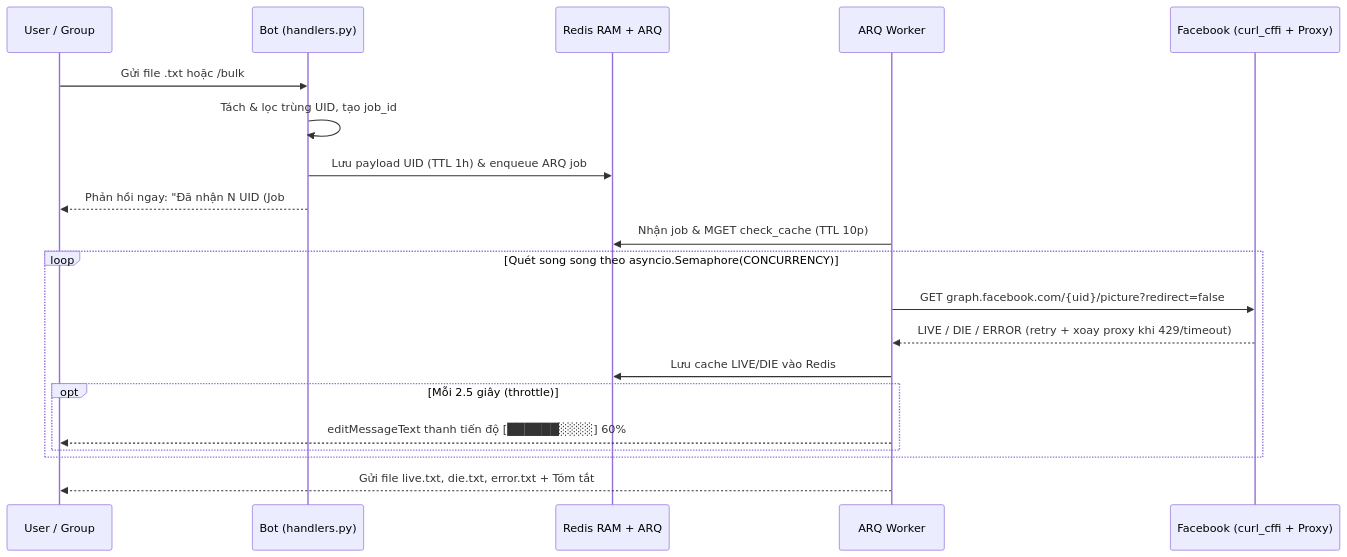
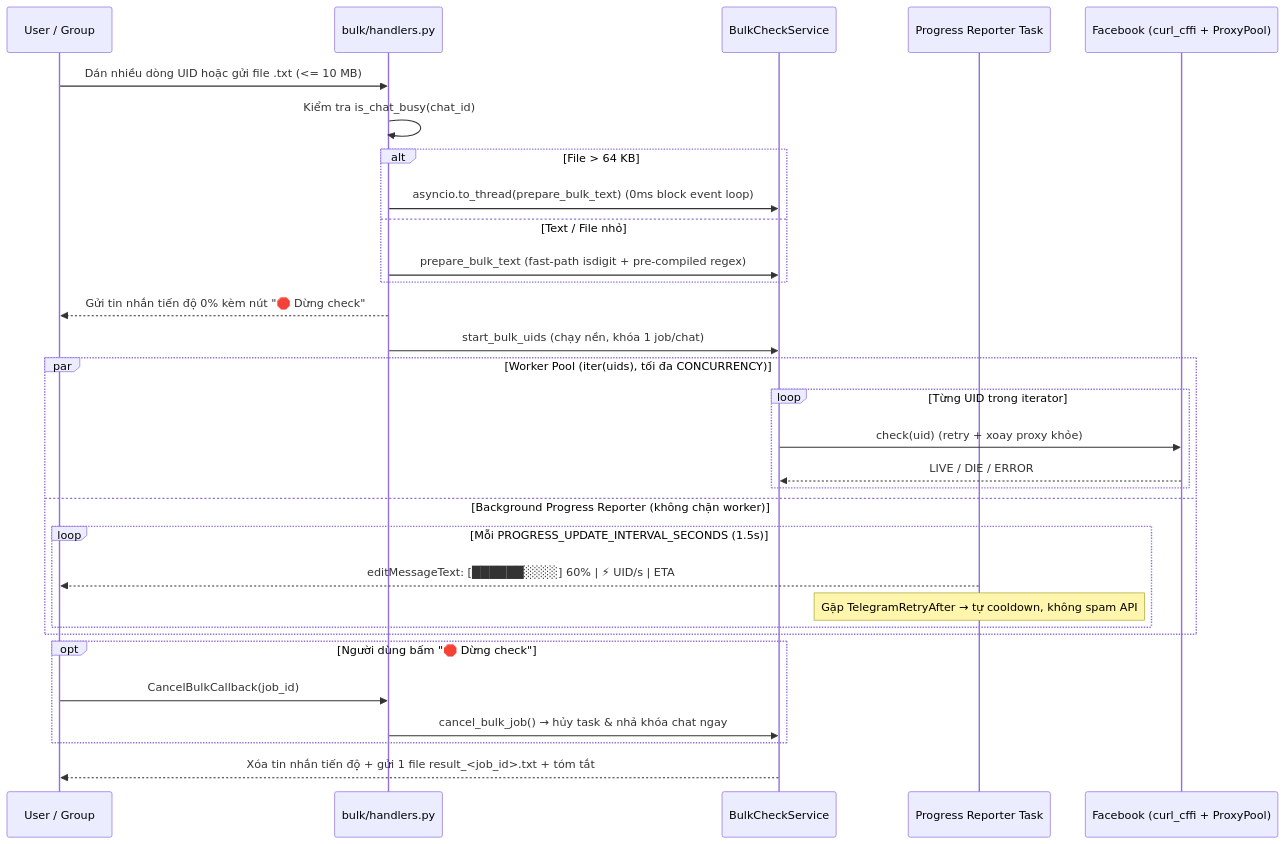
One commit to vuinguyen16003069/CheckLiveBot changed the third of 4 diagrams in README.md. Above: the diagram before and after it, drawn with Mermaid. The commit also changed other lines of this file and 3 other files, not shown here.

Commit message:
feat: implement watch service and redis repository for live tracking

````diff
--- a/README.md
+++ b/README.md
@@ -103,23 +164,37 @@
 ```mermaid
 sequenceDiagram
     participant U as User / Group
-    participant B as Bot (handlers.py)
-    participant R as Redis RAM + ARQ
-    participant W as ARQ Worker
-    participant F as Facebook (curl_cffi + Proxy)
+    participant H as bulk/handlers.py
+    participant S as BulkCheckService
+    participant P as Progress Reporter Task
+    participant F as Facebook (curl_cffi + ProxyPool)
 
-    U->>B: Gửi file .txt hoặc /bulk
-    B->>B: Tách & lọc trùng UID, tạo job_id
-    B->>R: Lưu payload UID (TTL 1h) & enqueue ARQ job
-    B-->>U: Phản hồi ngay: "Đã nhận N UID (Job #id)"
-    W->>R: Nhận job & MGET check_cache (TTL 10p)
-    loop Quét song song theo asyncio.Semaphore(CONCURRENCY)
-        W->>F: GET graph.facebook.com/{uid}/picture?redirect=false
-        F-->>W: LIVE / DIE / ERROR (retry + xoay proxy khi 429/timeout)
-        W->>R: Lưu cache LIVE/DIE vào Redis
-        opt Mỗi 2.5 giây (throttle)
-            W-->>U: editMessageText thanh tiến độ [██████░░░░] 60%
+    U->>H: Dán nhiều dòng UID hoặc gửi file .txt (<= 10 MB)
+    H->>H: Kiểm tra is_chat_busy(chat_id)
+    alt File > 64 KB
+        H->>S: asyncio.to_thread(prepare_bulk_text) (0ms block event loop)
+    else Text / File nhỏ
+        H->>S: prepare_bulk_text (fast-path isdigit + pre-compiled regex)
+    end
+    H-->>U: Gửi tin nhắn tiến độ 0% kèm nút "🛑 Dừng check"
+    H->>S: start_bulk_uids (chạy nền, khóa 1 job/chat)
+
+    par Worker Pool (iter(uids), tối đa CONCURRENCY)
+        loop Từng UID trong iterator
+            S->>F: check(uid) (retry + xoay proxy khỏe)
+            F-->>S: LIVE / DIE / ERROR
+        end
+    and Background Progress Reporter (không chặn worker)
+        loop Mỗi PROGRESS_UPDATE_INTERVAL_SECONDS (1.5s)
+            P-->>U: editMessageText: [██████░░░░] 60% | ⚡ UID/s | ETA
+            Note over P: Gặp TelegramRetryAfter → tự cooldown, không spam API
         end
     end
-    W-->>U: Gửi file live.txt, die.txt, error.txt + Tóm tắt
+
+    opt Người dùng bấm "🛑 Dừng check"
+        U->>H: CancelBulkCallback(job_id)
+        H->>S: cancel_bulk_job() → hủy task & nhả khóa chat ngay
+    end
+
+    S-->>U: Xóa tin nhắn tiến độ + gửi 1 file result_<job_id>.txt + tóm tắt
 ```
````
